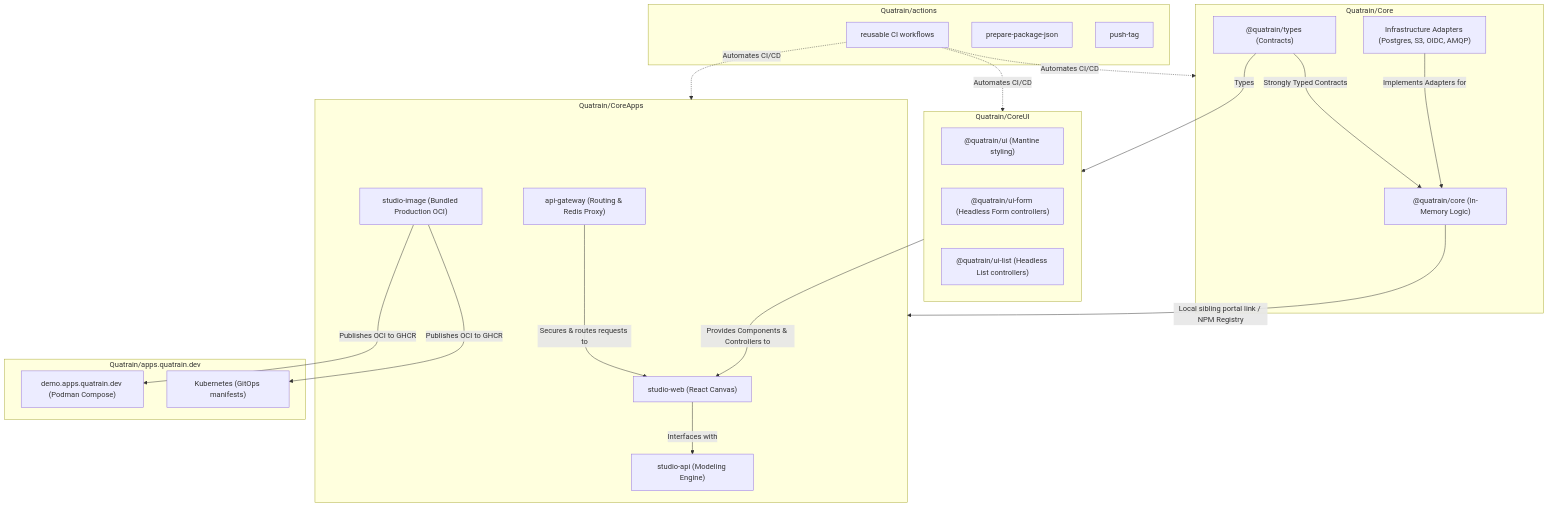
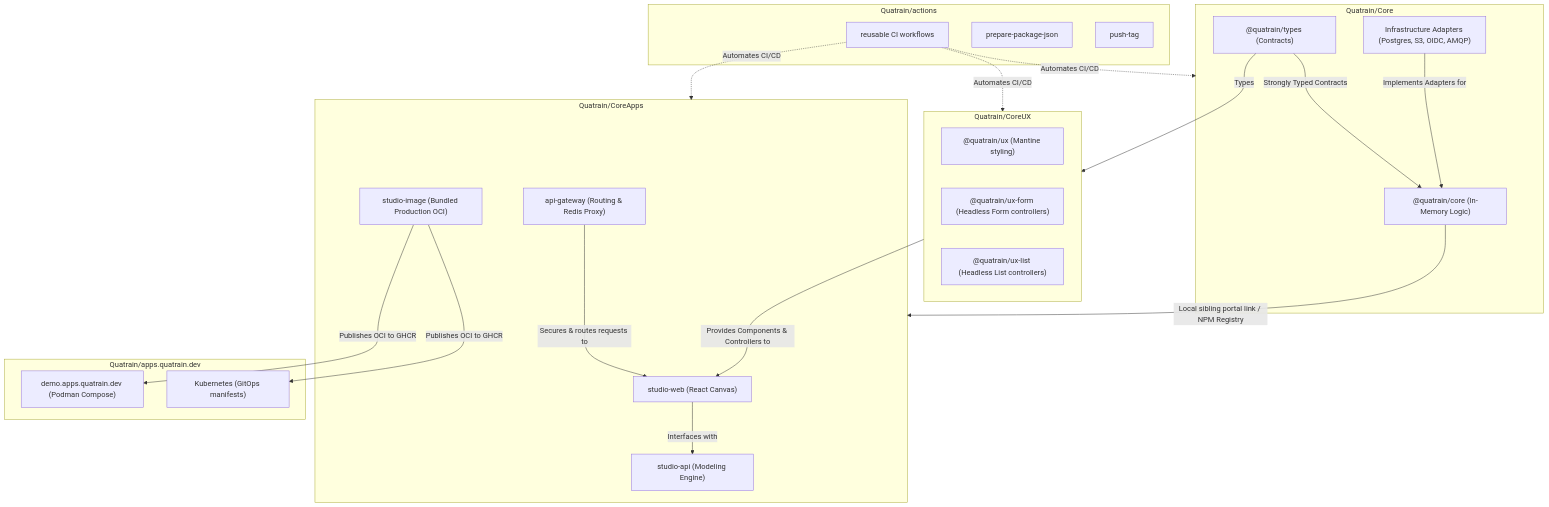
The diagram in profile/README.md (Quatrain/.github), drawn with Mermaid before and after one commit. The commit also changed other lines of this file and 1 other file, not shown here.

Commit message:
refactor: update CoreUI and package ui* references to CoreUX and ux*

````diff
--- a/profile/README.md
+++ b/profile/README.md
@@ -40,51 +40,51 @@
 ```mermaid
 graph TD
     %% Repository Blocks
     subgraph ActionsRepo ["Quatrain/actions"]
         A[reusable CI workflows]
         B[prepare-package-json]
         C[push-tag]
     end
 
     subgraph CoreRepo ["Quatrain/Core"]
         D["@quatrain/core (In-Memory Logic)"]
         E["@quatrain/types (Contracts)"]
         F["Infrastructure Adapters (Postgres, S3, OIDC, AMQP)"]
     end
 
-    subgraph CoreUIRepo ["Quatrain/CoreUI"]
-        G["@quatrain/ui (Mantine styling)"]
-        G1["@quatrain/ui-form (Headless Form controllers)"]
-        G2["@quatrain/ui-list (Headless List controllers)"]
+    subgraph CoreUXRepo ["Quatrain/CoreUX"]
+        G["@quatrain/ux (Mantine styling)"]
+        G1["@quatrain/ux-form (Headless Form controllers)"]
+        G2["@quatrain/ux-list (Headless List controllers)"]
     end
 
     subgraph CoreAppsRepo ["Quatrain/CoreApps"]
         H["studio-web (React Canvas)"]
         I["studio-api (Modeling Engine)"]
         J["api-gateway (Routing & Redis Proxy)"]
         K["studio-image (Bundled Production OCI)"]
     end
 
     subgraph DeployRepo ["Quatrain/apps.quatrain.dev"]
         L["demo.apps.quatrain.dev (Podman Compose)"]
         M["Kubernetes (GitOps manifests)"]
     end
 
     %% Dependency & Flow Links
     A -.->|Automates CI/CD| CoreRepo
-    A -.->|Automates CI/CD| CoreUIRepo
+    A -.->|Automates CI/CD| CoreUXRepo
     A -.->|Automates CI/CD| CoreAppsRepo
     
     E -->|Strongly Typed Contracts| D
     F -->|Implements Adapters for| D
     
-    E -->|Types| CoreUIRepo
-    CoreUIRepo -->|Provides Components & Controllers to| H
+    E -->|Types| CoreUXRepo
+    CoreUXRepo -->|Provides Components & Controllers to| H
     
     D -->|Local sibling portal link / NPM Registry| CoreAppsRepo
     H -->|Interfaces with| I
     
     K -->|Publishes OCI to GHCR| L
     K -->|Publishes OCI to GHCR| M
     J -->|Secures & routes requests to| H
 ```
````
